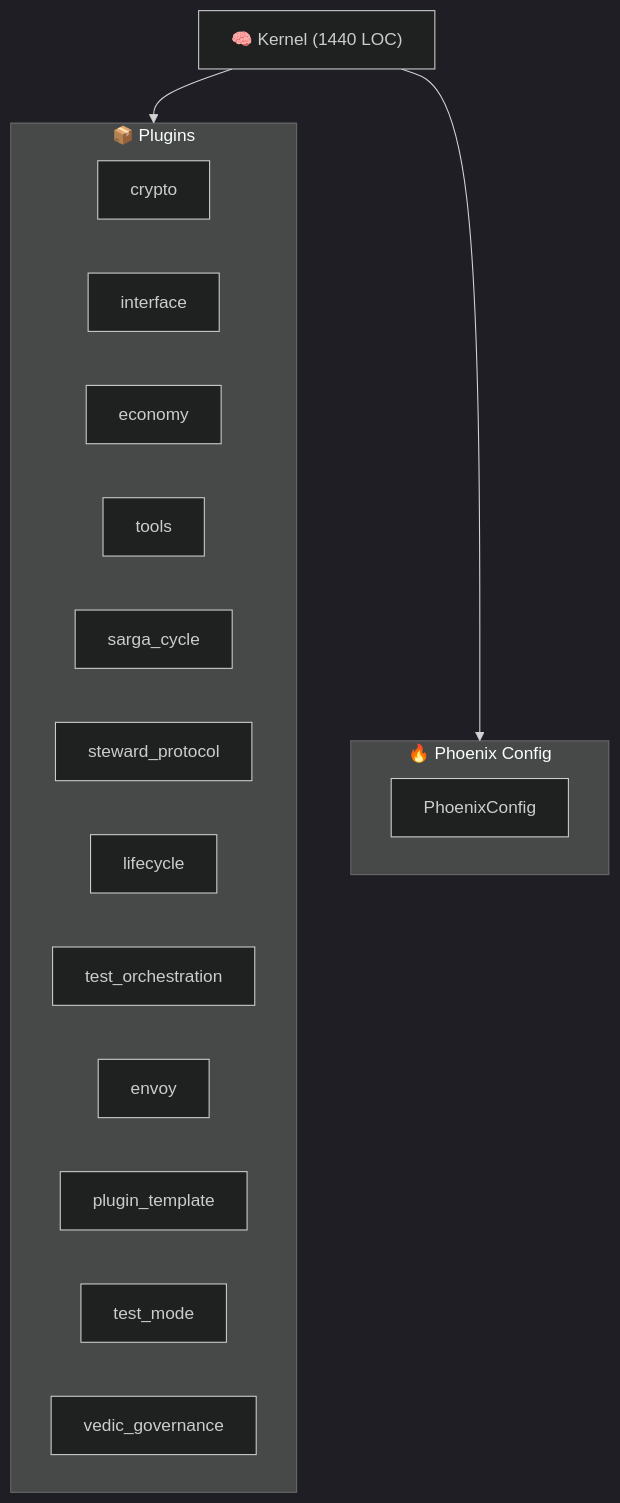
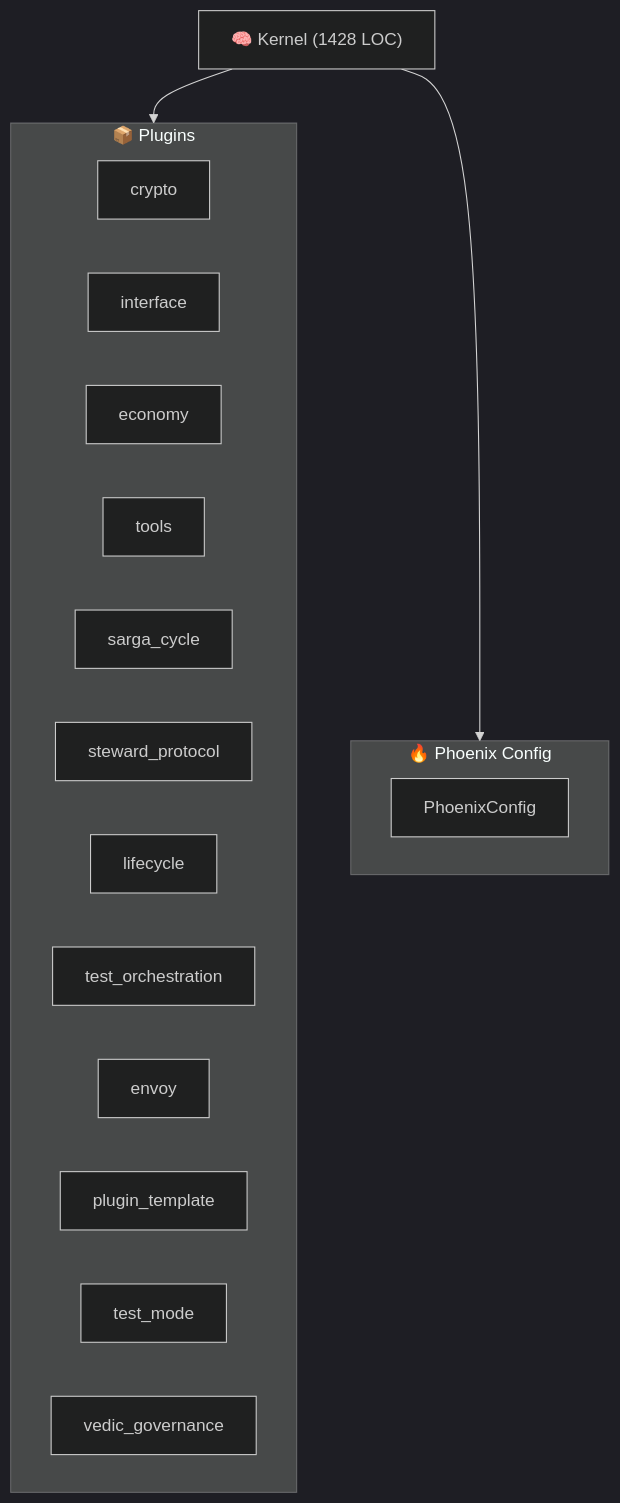
One commit to kimeisele/steward-protocol changed the diagram in ARCHITECTURE.md. Above: the diagram before and after it, drawn with Mermaid (dark theme). The commit also changed other lines of this file and 16 other files, not shown here.

````diff
--- a/ARCHITECTURE.md
+++ b/ARCHITECTURE.md
@@ -8,23 +8,23 @@
 ```mermaid
 graph TB
-    K["🧠 Kernel (1440 LOC)"]
+    K["🧠 Kernel (1428 LOC)"]
     subgraph Plugins["📦 Plugins"]
         P_crypto["crypto"]
         P_interface["interface"]
         P_economy["economy"]
         P_tools["tools"]
         P_sarga_cycle["sarga_cycle"]
         P_steward_protocol["steward_protocol"]
         P_lifecycle["lifecycle"]
         P_test_orchestration["test_orchestration"]
         P_envoy["envoy"]
         P_plugin_template["plugin_template"]
         P_test_mode["test_mode"]
         P_vedic_governance["vedic_governance"]
     end
     K --> Plugins
     subgraph Config["🔥 Phoenix Config"]
         PC[PhoenixConfig]
     end
     K --> Config
 ```
````
